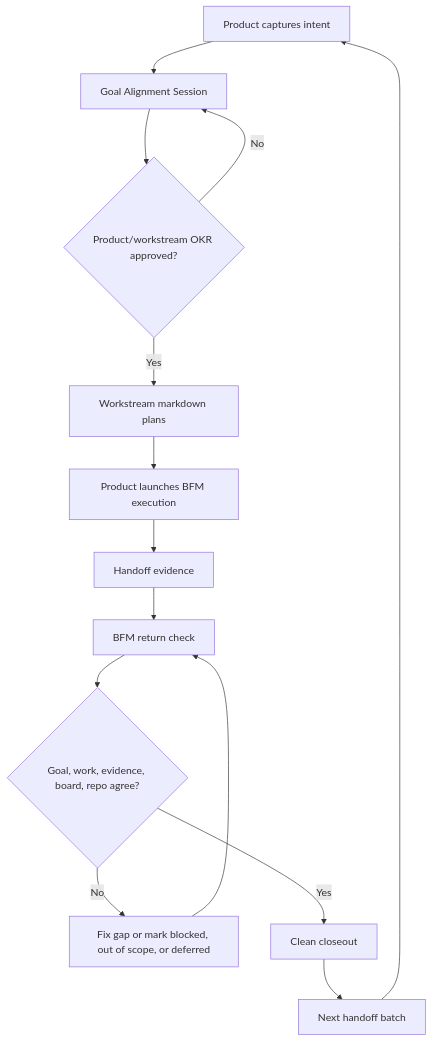
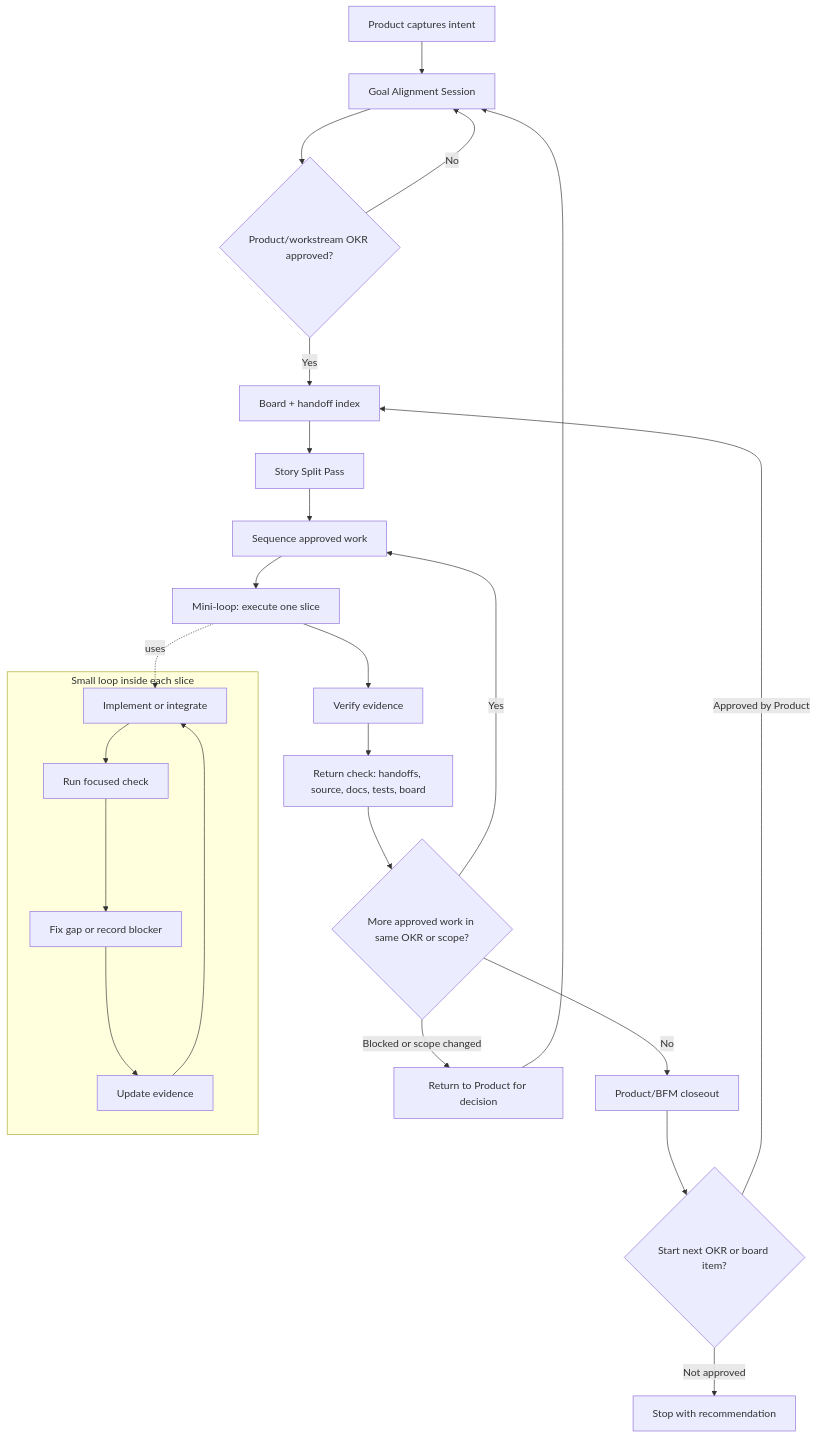
The diagram in README.md (friedbeef1/fb-lane-coordination), drawn with Mermaid before and after one commit. The commit also changed other lines of this file and 3 other files, not shown here.

Commit message:
Clarify nested Product and slice loops

````diff
--- a/README.md
+++ b/README.md
@@ -130,16 +130,29 @@
 ```mermaid
 flowchart TD
     A["Product captures intent"] --> B["Goal Alignment Session"]
     B --> C{"Product/workstream OKR approved?"}
     C -- "No" --> B
-    C -- "Yes" --> D["Workstream markdown plans"]
-    D --> E["Product launches BFM execution"]
-    E --> H0["Handoff evidence"]
-    H0 --> F["BFM return check"]
-    F --> G{"Goal, work, evidence, board, repo agree?"}
-    G -- "No" --> H["Fix gap or mark blocked, out of scope, or deferred"]
-    H --> F
-    G -- "Yes" --> I["Clean closeout"]
-    I --> J["Next handoff batch"]
-    J --> A
+    C -- "Yes" --> D["Board + handoff index"]
+    D --> E["Story Split Pass"]
+    E --> F["Sequence approved work"]
+    F --> G["Mini-loop: execute one slice"]
+    G --> H["Verify evidence"]
+    H --> I["Return check: handoffs, source, docs, tests, board"]
+    I --> J{"More approved work in same OKR or scope?"}
+    J -- "Yes" --> F
+    J -- "Blocked or scope changed" --> K["Return to Product for decision"]
+    K --> B
+    J -- "No" --> L["Product/BFM closeout"]
+    L --> M{"Start next OKR or board item?"}
+    M -- "Approved by Product" --> D
+    M -- "Not approved" --> N["Stop with recommendation"]
+
+    subgraph SliceLoop["Small loop inside each slice"]
+        S1["Implement or integrate"] --> S2["Run focused check"]
+        S2 --> S3["Fix gap or record blocker"]
+        S3 --> S4["Update evidence"]
+        S4 --> S1
+    end
+
+    G -. "uses" .-> S1
 ```
````
